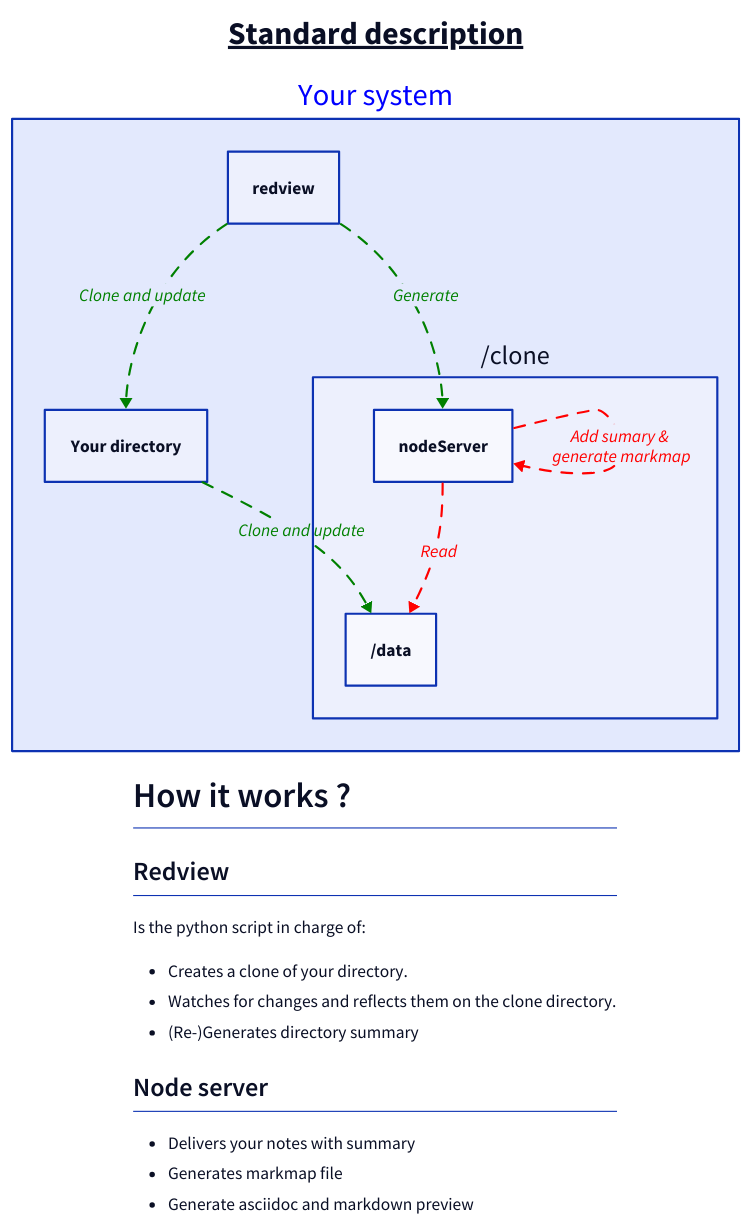
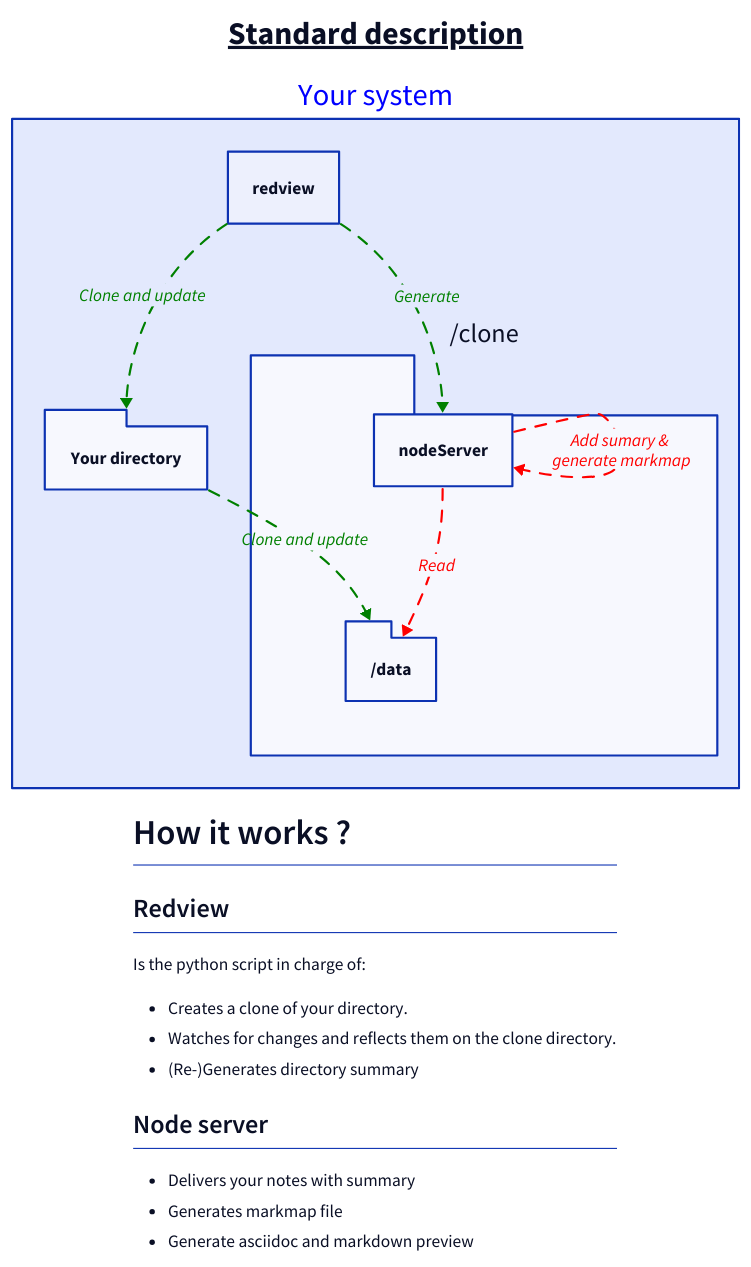
The diagram in images/standard_description.d2 (marcrow/redview), drawn with D2 before and after one commit. The commit also changed 8 other files, not shown here.

```diff
--- a/images/standard_description.d2
+++ b/images/standard_description.d2
@@ -1,33 +1,34 @@
 title: Standard description {
     near: top-center
     shape: text
     style: {
       font-size: 29
       bold: true
       underline: true
     }
   }
   Your system: {style.font-color: blue}
   Your system.Your directory
   Your system.redview
-  Your system./clone
+  Your system./clone.shape: Package
   Your system./clone.nodeServer
-  Your system./clone./data
+  Your system./clone./data.shape: Package
+  Your system.Your directory.shape: Package
   
   Your system.redview -> Your system.Your directory -> Your system./clone./data: Clone and update {style.animated: true; style.stroke: green; style.font-color: green}
   Your system.redview -> Your system./clone.nodeServer: Generate {style.animated: true; style.stroke: green; style.font-color: green}
   Your system./clone.nodeServer -> Your system./clone./data: Read {style.animated: true; style.stroke: red; style.font-color: red}
   Your system./clone.nodeServer -> Your system./clone.nodeServer: Add sumary & \ngenerate markmap {style.animated: true; style.stroke: red; style.font-color: red}
   
   explanation: |md
     # How it works ?
     ## Redview
     Is the python script in charge of:
       - Creates a clone of your directory.
       - Watches for changes and reflects them on the clone directory.
       - (Re-)Generates directory summary
     ## Node server
       - Delivers your notes with summary
       - Generates markmap file
       - Generate asciidoc and markdown preview
   | {near: bottom-center}
```
